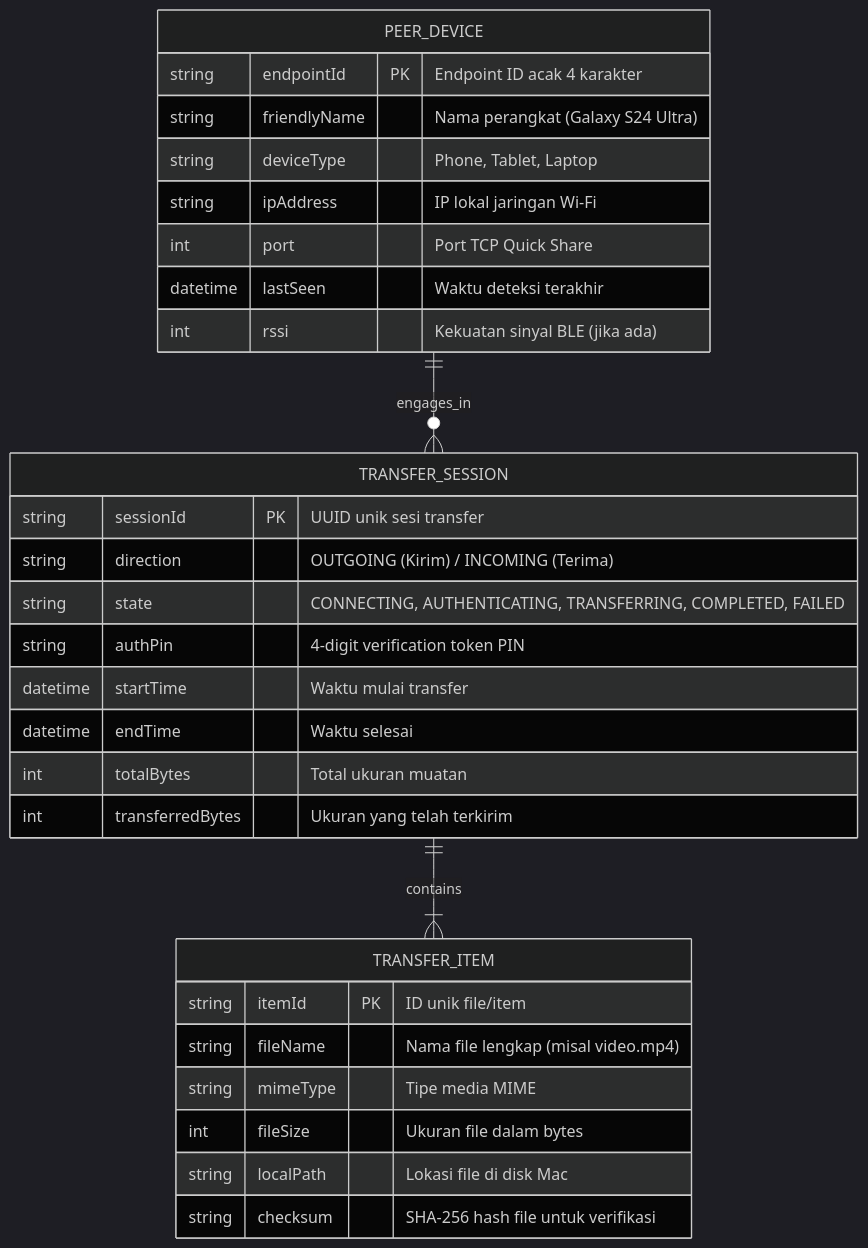
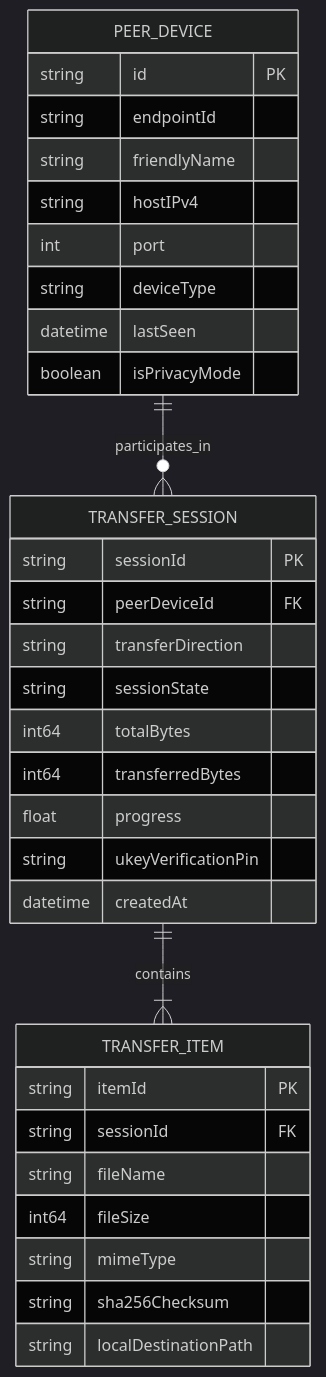
One commit to moonetics/TossShare changed the second of 2 diagrams in docs/PRD.md. Above: the diagram before and after it, drawn with Mermaid (dark theme). The commit also changed other lines of this file and 38 other files, not shown here.

First line of the commit message:
feat: implement TossShare v2.0 with Quick Share wire protocol, multi-file batching, and interactive notifications

````diff
--- a/docs/PRD.md
+++ b/docs/PRD.md
@@ -177,35 +175,35 @@
 ```mermaid
 erDiagram
-    PEER_DEVICE ||--o{ TRANSFER_SESSION : engages_in
+    PEER_DEVICE ||--o{ TRANSFER_SESSION : participates_in
+    PEER_DEVICE {
+        string id PK
+        string endpointId
+        string friendlyName
+        string hostIPv4
+        int port
+        string deviceType
+        datetime lastSeen
+        boolean isPrivacyMode
+    }
     TRANSFER_SESSION ||--|{ TRANSFER_ITEM : contains
-    
-    PEER_DEVICE {
-        string endpointId PK "Endpoint ID acak 4 karakter"
-        string friendlyName "Nama perangkat (Galaxy S24 Ultra)"
-        string deviceType "Phone, Tablet, Laptop"
-        string ipAddress "IP lokal jaringan Wi-Fi"
-        int port "Port TCP Quick Share"
-        datetime lastSeen "Waktu deteksi terakhir"
-        int rssi "Kekuatan sinyal BLE (jika ada)"
+    TRANSFER_SESSION {
+        string sessionId PK
+        string peerDeviceId FK
+        string transferDirection
+        string sessionState
+        int64 totalBytes
+        int64 transferredBytes
+        float progress
+        string ukeyVerificationPin
+        datetime createdAt
     }
-    
-    TRANSFER_SESSION {
-        string sessionId PK "UUID unik sesi transfer"
-        string direction "OUTGOING (Kirim) / INCOMING (Terima)"
-        string state "CONNECTING, AUTHENTICATING, TRANSFERRING, COMPLETED, FAILED"
-        string authPin "4-digit verification token PIN"
-        datetime startTime "Waktu mulai transfer"
-        datetime endTime "Waktu selesai"
-        int totalBytes "Total ukuran muatan"
-        int transferredBytes "Ukuran yang telah terkirim"
-    }
-    
     TRANSFER_ITEM {
-        string itemId PK "ID unik file/item"
-        string fileName "Nama file lengkap (misal video.mp4)"
-        string mimeType "Tipe media MIME"
-        int fileSize "Ukuran file dalam bytes"
-        string localPath "Lokasi file di disk Mac"
-        string checksum "SHA-256 hash file untuk verifikasi"
+        string itemId PK
+        string sessionId FK
+        string fileName
+        int64 fileSize
+        string mimeType
+        string sha256Checksum
+        string localDestinationPath
     }
 ```
````
